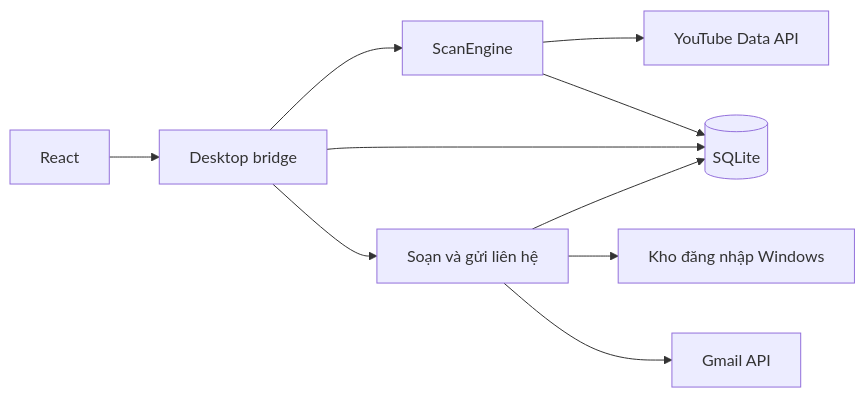
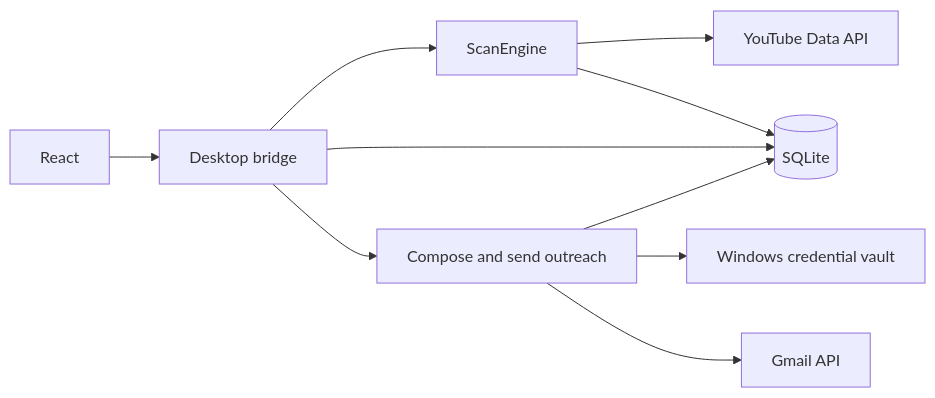
The diagram in docs/engineering/ARCHITECTURE.md (AzuraDev202/Ytb-Bot), drawn with Mermaid before and after one commit. The commit also changed other lines of this file and 48 other files, not shown here.

````diff
--- a/docs/engineering/ARCHITECTURE.md
+++ b/docs/engineering/ARCHITECTURE.md
@@ -37,12 +37,12 @@
 ```mermaid
 flowchart LR
     UI[React] --> Bridge[Desktop bridge]
     Bridge --> Scan[ScanEngine]
     Scan --> YouTube[YouTube Data API]
     Scan --> Store[(SQLite)]
     Bridge --> Store
-    Bridge --> Outreach[Soạn và gửi liên hệ]
+    Bridge --> Outreach[Compose and send outreach]
     Outreach --> Store
-    Outreach --> Vault[Kho đăng nhập Windows]
+    Outreach --> Vault[Windows credential vault]
     Outreach --> Gmail[Gmail API]
 ```
````
